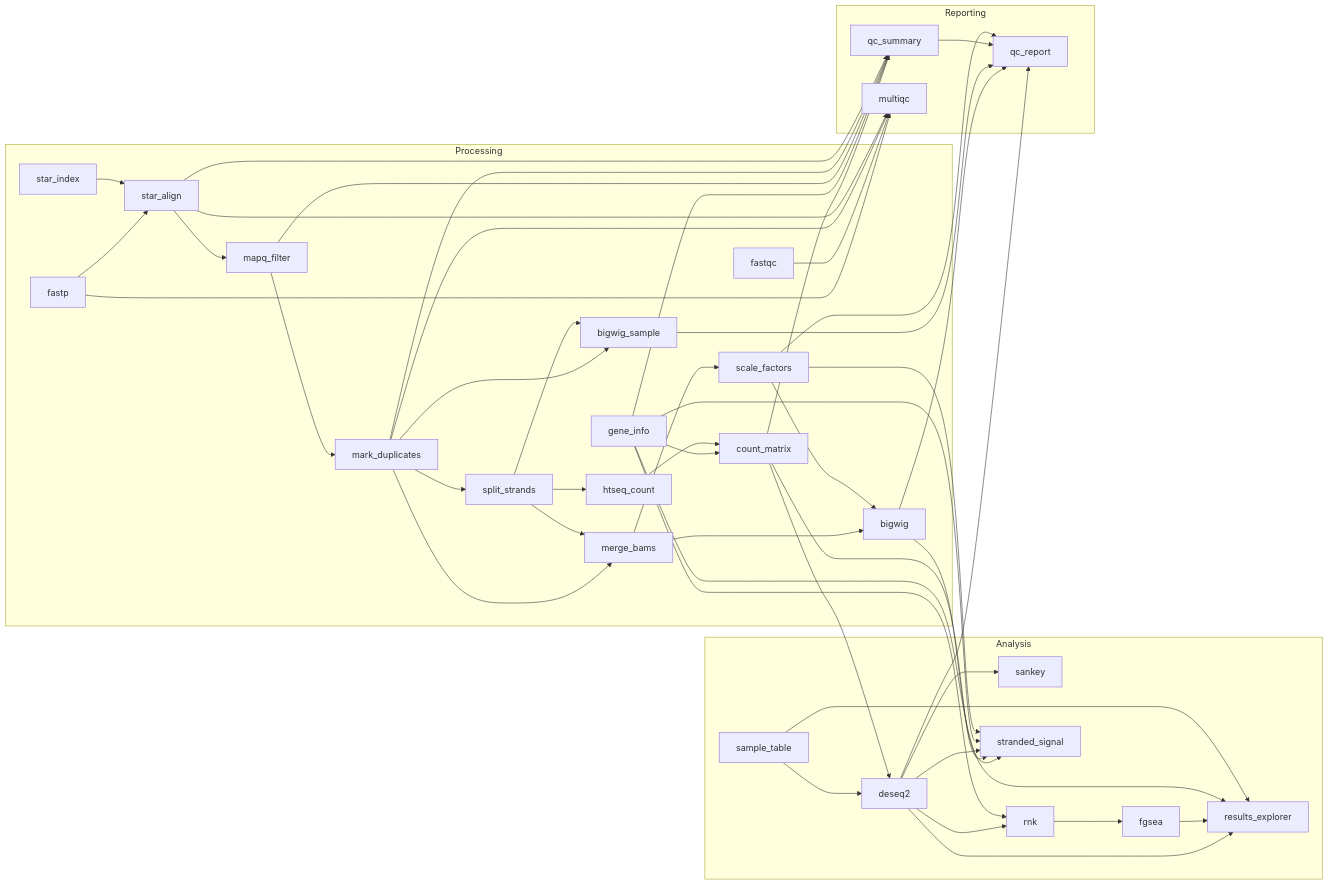
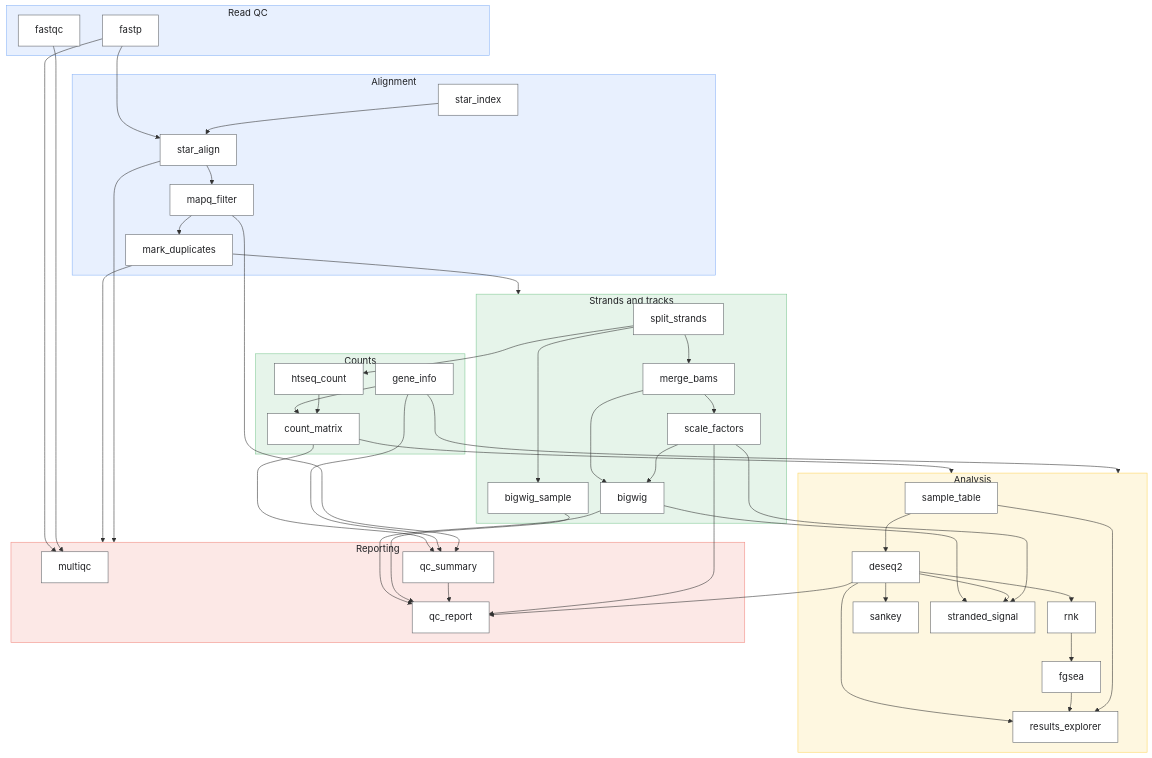
The diagram in CODE_GUIDE.md (jpflores-13/TTpipe), drawn with Mermaid before and after one commit. The commit also changed other lines of this file and 14 other files, not shown here.

Commit message:
Docs: drop tested/untested warnings; restyle rule graphs; fixture list and references

````diff
--- a/CODE_GUIDE.md
+++ b/CODE_GUIDE.md
@@ -122,41 +100,47 @@
 ```mermaid
-flowchart LR
-  subgraph Processing["Processing"]
+%%{init: {"themeVariables": {"fontSize": "17px"}, "flowchart": {"curve": "basis", "nodeSpacing": 22, "rankSpacing": 34}}}%%
+flowchart TB
+  subgraph stage_read_qc["Read QC"]
+    fastp[fastp]
     fastqc[fastqc]
+  end
+  subgraph stage_alignment["Alignment"]
+    star_index[star_index]
+    star_align[star_align]
+    mapq_filter[mapq_filter]
     mark_duplicates[mark_duplicates]
-    mapq_filter[mapq_filter]
-    star_align[star_align]
-    fastp[fastp]
-    star_index[star_index]
+  end
+  subgraph stage_strands_and_tracks["Strands and tracks"]
     split_strands[split_strands]
-    bigwig[bigwig]
+    bigwig_sample[bigwig_sample]
     merge_bams[merge_bams]
     scale_factors[scale_factors]
-    bigwig_sample[bigwig_sample]
+    bigwig[bigwig]
+  end
+  subgraph stage_counts["Counts"]
+    gene_info[gene_info]
+    htseq_count[htseq_count]
     count_matrix[count_matrix]
-    htseq_count[htseq_count]
-    gene_info[gene_info]
   end
-  subgraph Analysis["Analysis"]
+  subgraph stage_analysis["Analysis"]
     sample_table[sample_table]
     deseq2[deseq2]
+    rnk[rnk]
+    fgsea[fgsea]
+    results_explorer[results_explorer]
     sankey[sankey]
-    fgsea[fgsea]
-    rnk[rnk]
-    results_explorer[results_explorer]
     stranded_signal[stranded_signal]
   end
-  subgraph Reporting["Reporting"]
+  subgraph stage_reporting["Reporting"]
+    multiqc[multiqc]
+    qc_summary[qc_summary]
     qc_report[qc_report]
-    qc_summary[qc_summary]
-    multiqc[multiqc]
   end
   bigwig --> qc_report
   bigwig --> stranded_signal
   bigwig_sample --> qc_report
-  count_matrix --> deseq2
+  count_matrix --> stage_analysis
   count_matrix --> qc_summary
-  count_matrix --> stranded_signal
   deseq2 --> qc_report
   deseq2 --> results_explorer
   deseq2 --> rnk
@@ -168,17 +152,12 @@
   fgsea --> results_explorer
   gene_info --> count_matrix
   gene_info --> qc_summary
-  gene_info --> results_explorer
-  gene_info --> rnk
-  gene_info --> stranded_signal
+  gene_info --> stage_analysis
   htseq_count --> count_matrix
   mapq_filter --> mark_duplicates
   mapq_filter --> qc_summary
-  mark_duplicates --> bigwig_sample
-  mark_duplicates --> merge_bams
-  mark_duplicates --> multiqc
-  mark_duplicates --> qc_summary
-  mark_duplicates --> split_strands
+  mark_duplicates --> stage_strands_and_tracks
+  mark_duplicates --> stage_reporting
   merge_bams --> bigwig
   merge_bams --> scale_factors
   qc_summary --> qc_report
@@ -192,7 +171,18 @@
   split_strands --> htseq_count
   split_strands --> merge_bams
   star_align --> mapq_filter
-  star_align --> multiqc
-  star_align --> qc_summary
+  star_align --> stage_reporting
   star_index --> star_align
+  stage_read_qc ~~~ stage_alignment
+  stage_alignment ~~~ stage_strands_and_tracks
+  stage_strands_and_tracks ~~~ stage_analysis
+  stage_analysis ~~~ stage_reporting
+  classDef rule fill:#ffffff,stroke:#5f6368,color:#202124,stroke-width:1px
+  class fastp,fastqc,gene_info,sample_table,star_index,star_align,mapq_filter,mark_duplicates,multiqc,split_strands,bigwig_sample,htseq_count,count_matrix,deseq2,merge_bams,qc_summary,rnk,fgsea,results_explorer,sankey,scale_factors,bigwig,qc_report,stranded_signal rule
+  style stage_read_qc fill:#e8f0fe,stroke:#8ab4f8,color:#202124
+  style stage_alignment fill:#e8f0fe,stroke:#8ab4f8,color:#202124
+  style stage_strands_and_tracks fill:#e6f4ea,stroke:#81c995,color:#202124
+  style stage_counts fill:#e6f4ea,stroke:#81c995,color:#202124
+  style stage_analysis fill:#fef7e0,stroke:#fdd663,color:#202124
+  style stage_reporting fill:#fce8e6,stroke:#f28b82,color:#202124
 ```
````
